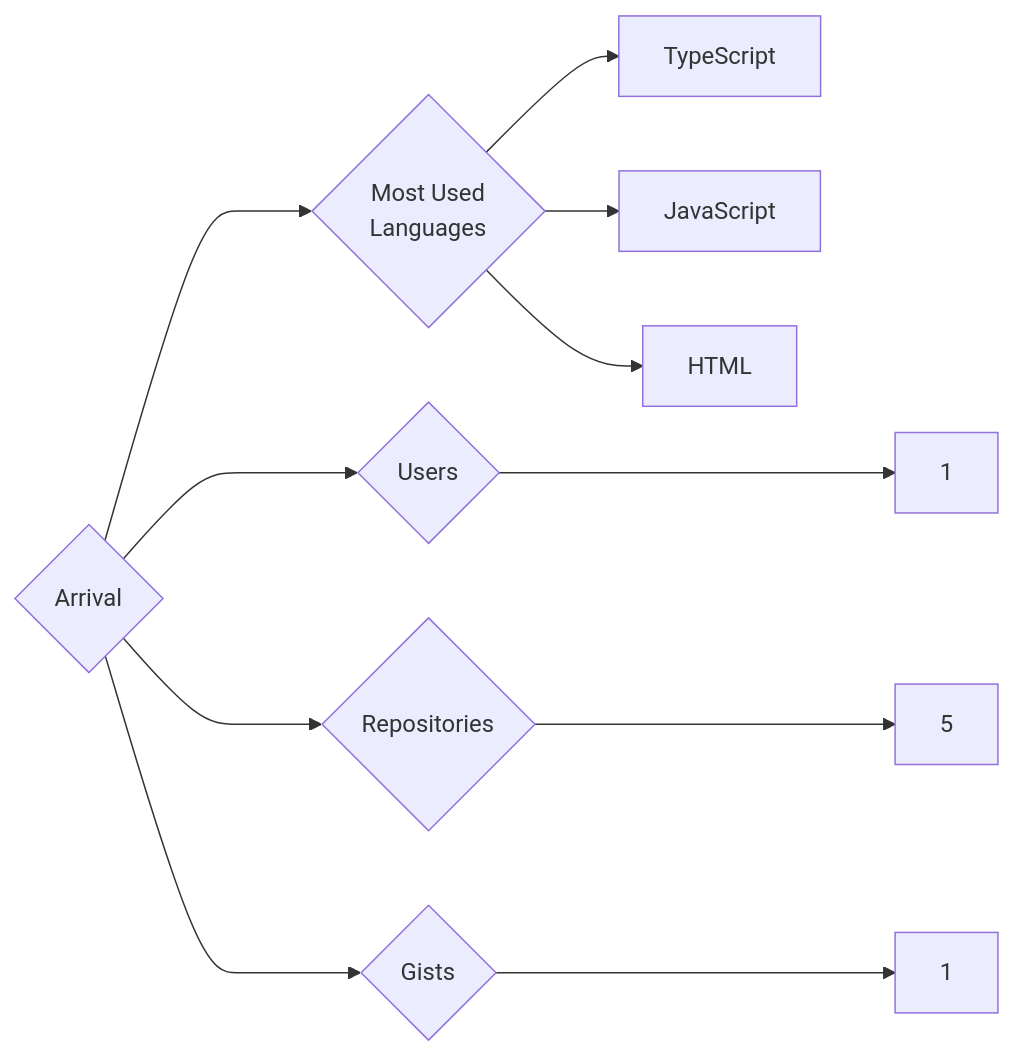
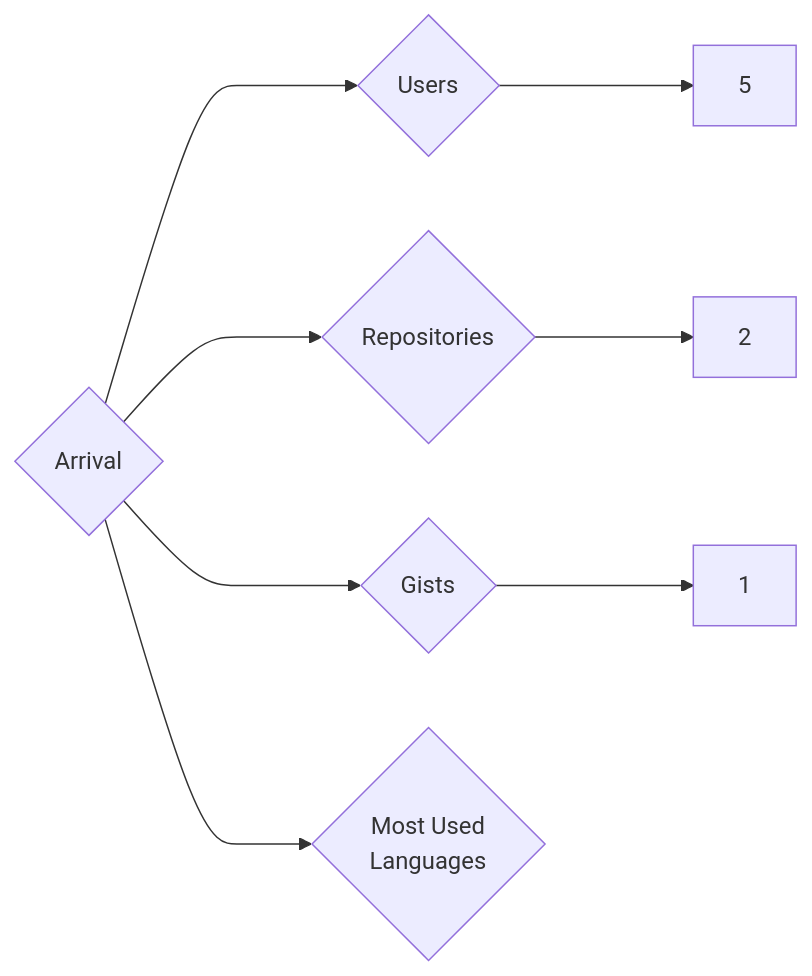
One commit to trickest/insiders changed the diagram in targets/Arrival/README.md. Above: the diagram before and after it, drawn with Mermaid. The commit also changed 1089 other files, not shown here.

````diff
--- a/targets/Arrival/README.md
+++ b/targets/Arrival/README.md
@@ -3,11 +3,8 @@
 ```mermaid
 graph LR
 COMPANY_NAME{Arrival}
-COMPANY_NAME ---> U{Users} ---> UN[1]
-COMPANY_NAME ---> R{Repositories} ---> RN[5]
+COMPANY_NAME ---> U{Users} ---> UN[5]
+COMPANY_NAME ---> R{Repositories} ---> RN[2]
 COMPANY_NAME ---> G{Gists} ---> GN[1]
 COMPANY_NAME ---> ML{Most Used<br>Languages}
-ML --> TypeScript[TypeScript]
-ML --> JavaScript[JavaScript]
-ML --> HTML[HTML]
 ```
````
